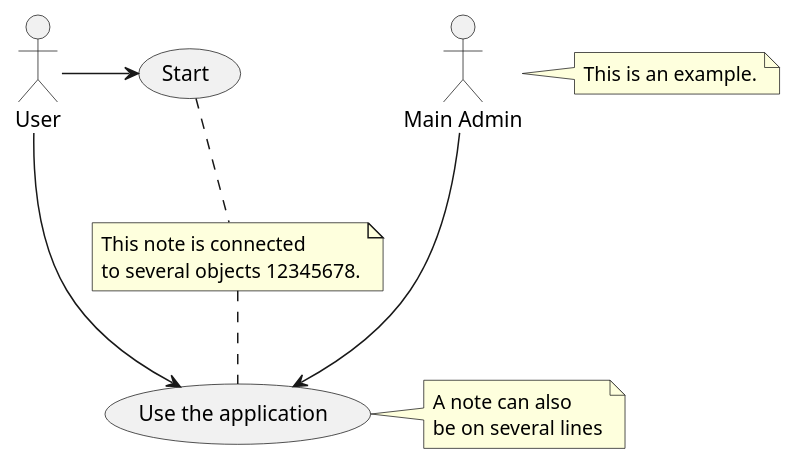
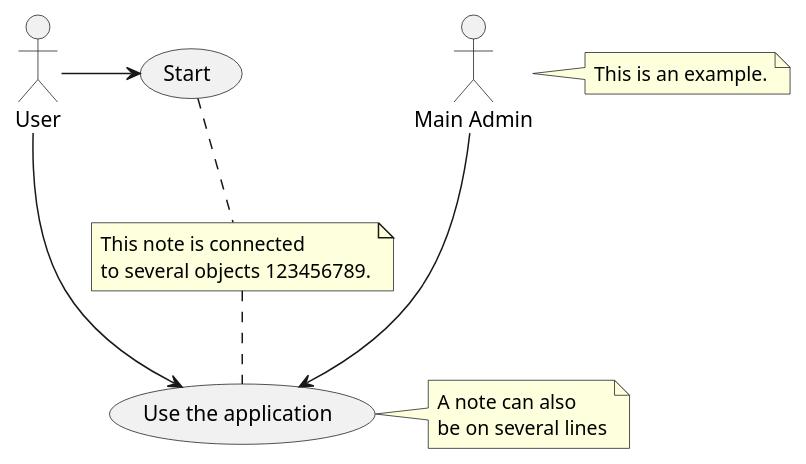
One commit to AKStratus/plantuml_diagrams changed the diagram in plant1.puml. Above: the diagram before and after it, drawn with PlantUML.

```diff
--- a/plant1.puml
+++ b/plant1.puml
@@ -1,17 +1,17 @@
 @startuml
 
     :Main Admin: as Admin
     (Use the application) as (Use)
     User -> (Start)
     User --> (Use)
     Admin ---> (Use)
     note right of Admin : This is an example.
     note right of (Use)
     A note can also
     be on several lines
     end note
-    note "This note is connected\nto several objects 12345678." as N2
+    note "This note is connected\nto several objects 123456789." as N2
     (Start) .. N2
     N2 .. (Use)
 
     @enduml
```
